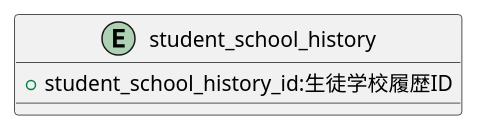
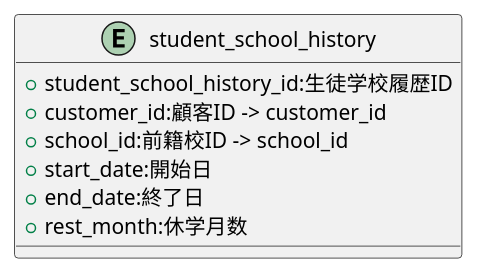
One commit to popoposorara/ERP_ER changed the diagram in Entity/student_school_history.pu. Above: the diagram before and after it, drawn with PlantUML. The commit also changed 2 other files, not shown here.

```diff
--- a/Entity/student_school_history.pu
+++ b/Entity/student_school_history.pu
@@ -1,7 +1,12 @@
 @startuml
 
 entity "student_school_history"{
     + student_school_history_id:生徒学校履歴ID
+    + customer_id:顧客ID -> customer_id
+    + school_id:前籍校ID -> school_id
+    + start_date:開始日
+    + end_date:終了日
+    + rest_month:休学月数
 }
 
 @enduml
```
